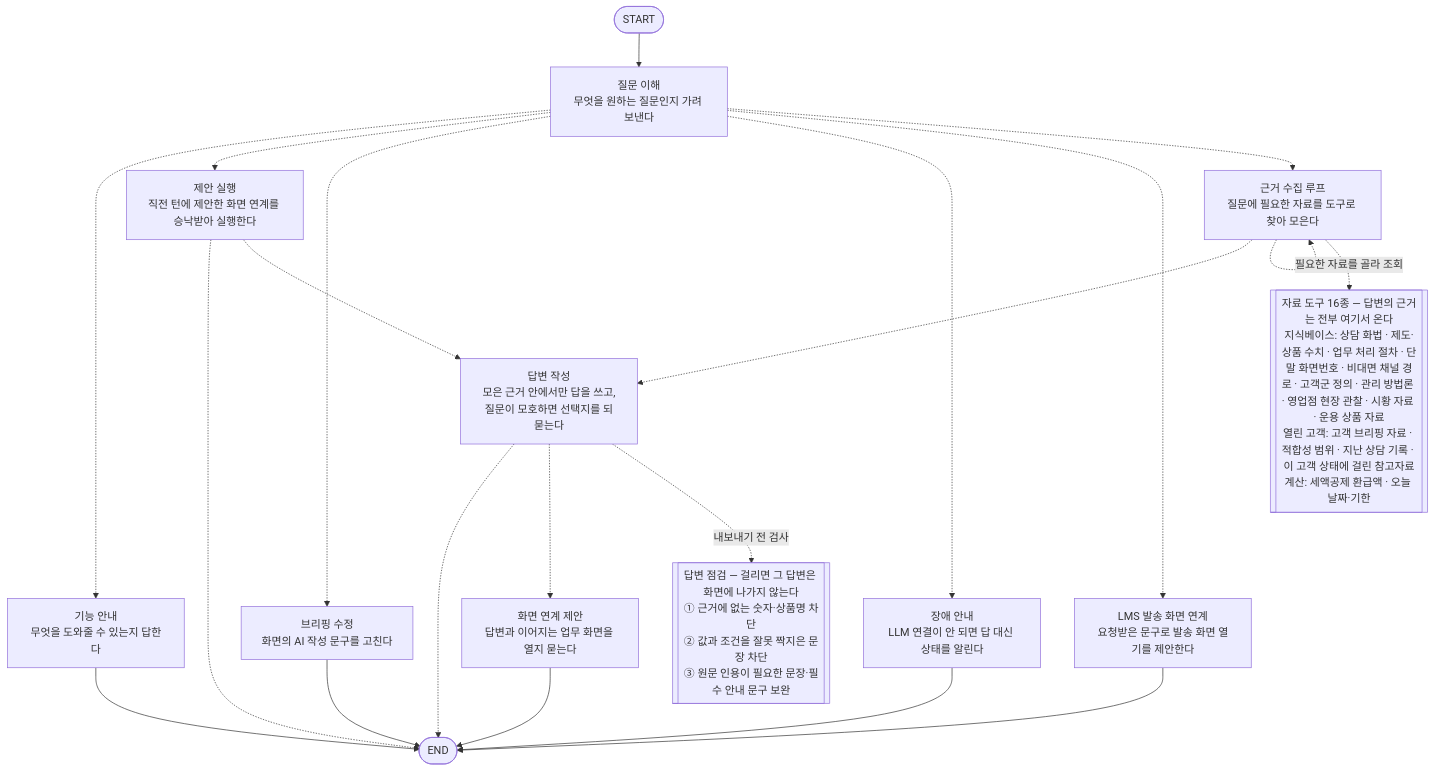
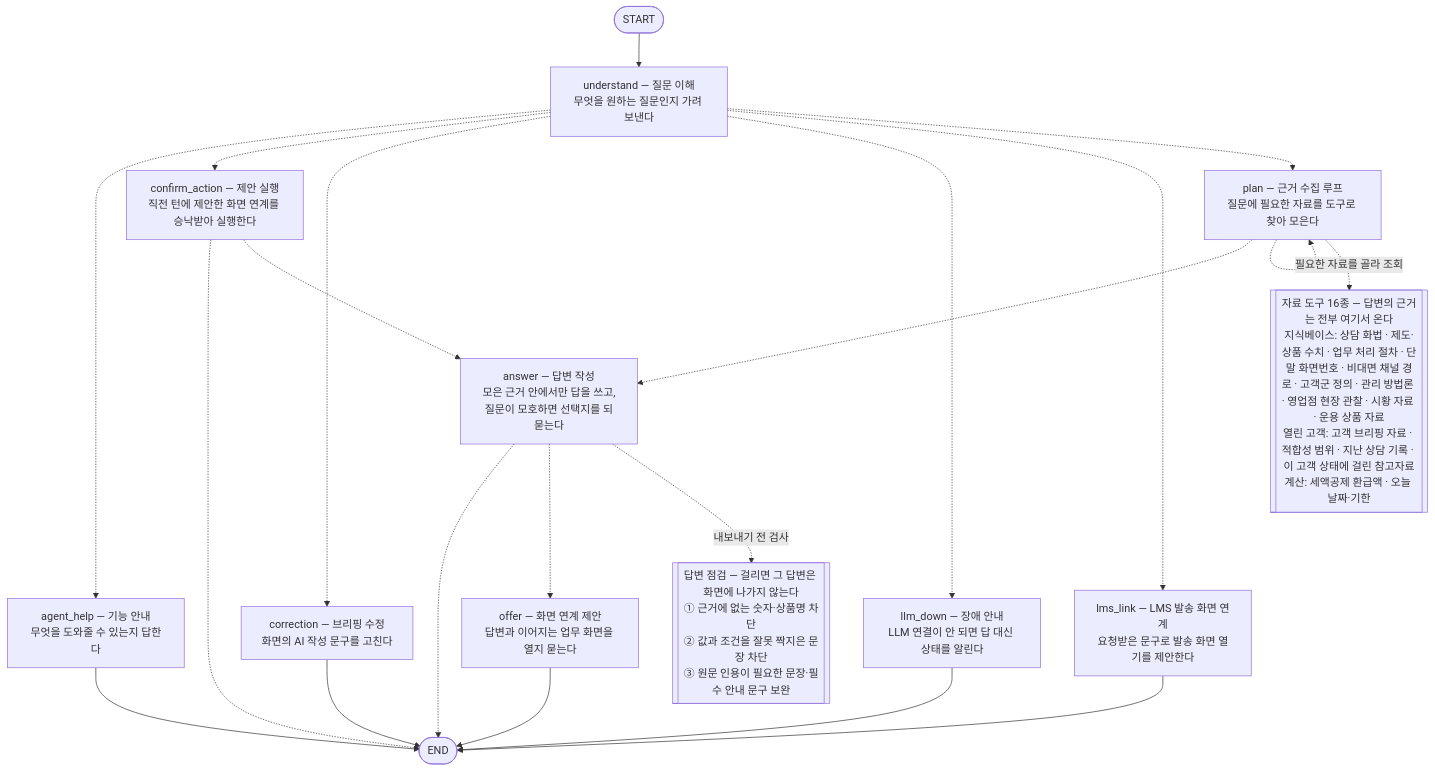
The diagram in src/pension_agent/consult_agent/README.md (09sunwoo-a/Pension_agent), drawn with Mermaid before and after one commit. The commit also changed 1 other file, not shown here.

Commit message:
아키텍처 다이어그램 노드 라벨에 영문 노드명 복원
라벨 첫 줄을 «영문 노드명 — 기능명»으로 — 점검 청중은 기능명을 읽고,
개발자는 코드로 바로 찾아간다. 영문명은 dict 키에서 뽑아 실제 노드명과
어긋날 수 없다.

Claude-Session: https://claude.ai/code/session_01TwxjQTQrjCvCcEupDVTuMK

````diff
--- a/src/pension_agent/consult_agent/README.md
+++ b/src/pension_agent/consult_agent/README.md
@@ -170,36 +170,36 @@
 ```mermaid
 flowchart TD
     __start__([START])
-    understand["질문 이해<br/>무엇을 원하는 질문인지 가려 보낸다"]
-    agent_help["기능 안내<br/>무엇을 도와줄 수 있는지 답한다"]
-    plan["근거 수집 루프<br/>질문에 필요한 자료를 도구로 찾아 모은다"]
-    answer["답변 작성<br/>모은 근거 안에서만 답을 쓰고,<br/>질문이 모호하면 선택지를 되묻는다"]
-    lms_link["LMS 발송 화면 연계<br/>요청받은 문구로 발송 화면 열기를 제안한다"]
-    correction["브리핑 수정<br/>화면의 AI 작성 문구를 고친다"]
-    llm_down["장애 안내<br/>LLM 연결이 안 되면 답 대신 상태를 알린다"]
-    confirm_action["제안 실행<br/>직전 턴에 제안한 화면 연계를 승낙받아 실행한다"]
-    offer["화면 연계 제안<br/>답변과 이어지는 업무 화면을 열지 묻는다"]
+    understand["understand — 질문 이해<br/>무엇을 원하는 질문인지 가려 보낸다"]
+    agent_help["agent_help — 기능 안내<br/>무엇을 도와줄 수 있는지 답한다"]
+    plan["plan — 근거 수집 루프<br/>질문에 필요한 자료를 도구로 찾아 모은다"]
+    answer["answer — 답변 작성<br/>모은 근거 안에서만 답을 쓰고,<br/>질문이 모호하면 선택지를 되묻는다"]
+    lms_link["lms_link — LMS 발송 화면 연계<br/>요청받은 문구로 발송 화면 열기를 제안한다"]
+    correction["correction — 브리핑 수정<br/>화면의 AI 작성 문구를 고친다"]
+    llm_down["llm_down — 장애 안내<br/>LLM 연결이 안 되면 답 대신 상태를 알린다"]
+    confirm_action["confirm_action — 제안 실행<br/>직전 턴에 제안한 화면 연계를 승낙받아 실행한다"]
+    offer["offer — 화면 연계 제안<br/>답변과 이어지는 업무 화면을 열지 묻는다"]
     __end__([END])
     __start__ --> understand
     answer -.-> __end__
     answer -.-> offer
     confirm_action -.-> __end__
     confirm_action -.-> answer
     plan -.-> answer
     plan -.-> plan
     understand -.-> agent_help
     understand -.-> confirm_action
     understand -.-> correction
     understand -.-> llm_down
     understand -.-> lms_link
     understand -.-> plan
     agent_help --> __end__
     correction --> __end__
     llm_down --> __end__
     lms_link --> __end__
     offer --> __end__
     tools[["자료 도구 16종 — 답변의 근거는 전부 여기서 온다<br/>지식베이스: 상담 화법 · 제도·상품 수치 · 업무 처리 절차 · 단말 화면번호 · 비대면 채널 경로 · 고객군 정의 · 관리 방법론 · 영업점 현장 관찰 · 시황 자료 · 운용 상품 자료<br/>열린 고객: 고객 브리핑 자료 · 적합성 범위 · 지난 상담 기록 · 이 고객 상태에 걸린 참고자료<br/>계산: 세액공제 환급액 · 오늘 날짜·기한"]]
     plan -. "필요한 자료를 골라 조회" .-> tools
     gates[["답변 점검 — 걸리면 그 답변은 화면에 나가지 않는다<br/>① 근거에 없는 숫자·상품명 차단<br/>② 값과 조건을 잘못 짝지은 문장 차단<br/>③ 원문 인용이 필요한 문장·필수 안내 문구 보완"]]
     answer -. "내보내기 전 검사" .-> gates
 ```
````
